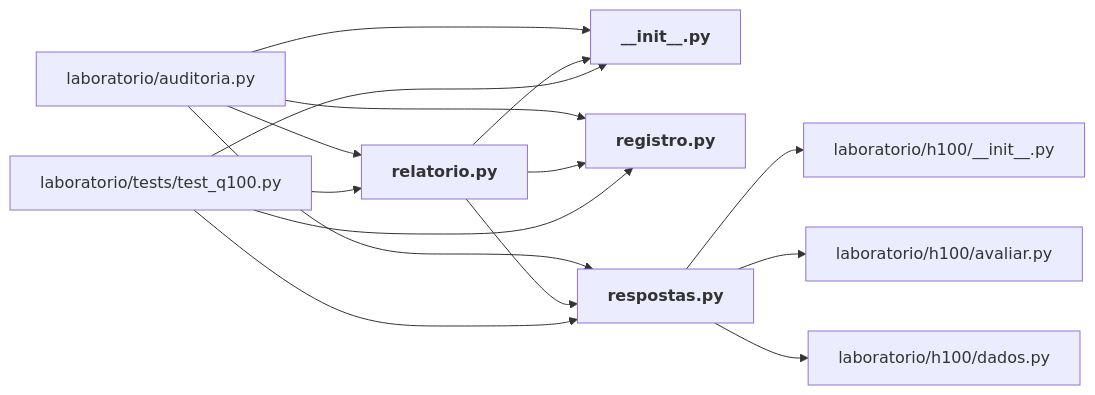
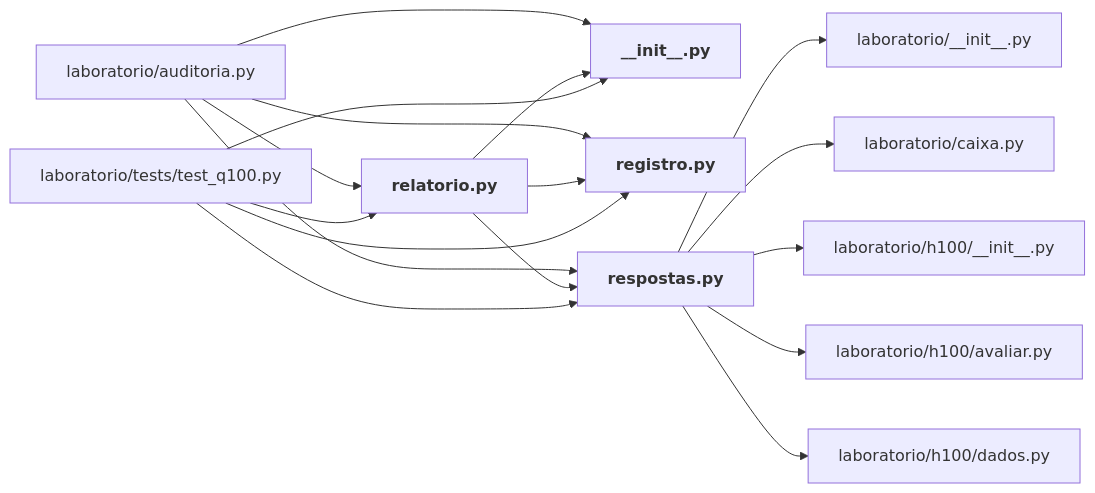
One commit to igormorais123/JEV changed the diagram in mapa/pastas/laboratorio__q100.md. Above: the diagram before and after it, drawn with Mermaid. The commit also changed other lines of this file and 49 other files, not shown here.

````diff
--- a/mapa/pastas/laboratorio__q100.md
+++ b/mapa/pastas/laboratorio__q100.md
@@ -20,26 +20,30 @@
 ```mermaid
 flowchart LR
+  n_laboratorio___init___py["laboratorio/__init__.py"]
   n_laboratorio_auditoria_py["laboratorio/auditoria.py"]
+  n_laboratorio_caixa_py["laboratorio/caixa.py"]
   n_laboratorio_h100___init___py["laboratorio/h100/__init__.py"]
   n_laboratorio_h100_avaliar_py["laboratorio/h100/avaliar.py"]
   n_laboratorio_h100_dados_py["laboratorio/h100/dados.py"]
   n_laboratorio_q100___init___py["<b>__init__.py</b>"]
   n_laboratorio_q100_registro_py["<b>registro.py</b>"]
   n_laboratorio_q100_relatorio_py["<b>relatorio.py</b>"]
   n_laboratorio_q100_respostas_py["<b>respostas.py</b>"]
   n_laboratorio_tests_test_q100_py["laboratorio/tests/test_q100.py"]
   n_laboratorio_auditoria_py --> n_laboratorio_q100___init___py
   n_laboratorio_auditoria_py --> n_laboratorio_q100_registro_py
   n_laboratorio_auditoria_py --> n_laboratorio_q100_relatorio_py
   n_laboratorio_auditoria_py --> n_laboratorio_q100_respostas_py
   n_laboratorio_q100_relatorio_py --> n_laboratorio_q100___init___py
   n_laboratorio_q100_relatorio_py --> n_laboratorio_q100_registro_py
   n_laboratorio_q100_relatorio_py --> n_laboratorio_q100_respostas_py
+  n_laboratorio_q100_respostas_py --> n_laboratorio___init___py
+  n_laboratorio_q100_respostas_py --> n_laboratorio_caixa_py
   n_laboratorio_q100_respostas_py --> n_laboratorio_h100___init___py
   n_laboratorio_q100_respostas_py --> n_laboratorio_h100_avaliar_py
   n_laboratorio_q100_respostas_py --> n_laboratorio_h100_dados_py
   n_laboratorio_tests_test_q100_py --> n_laboratorio_q100___init___py
   n_laboratorio_tests_test_q100_py --> n_laboratorio_q100_registro_py
   n_laboratorio_tests_test_q100_py --> n_laboratorio_q100_relatorio_py
   n_laboratorio_tests_test_q100_py --> n_laboratorio_q100_respostas_py
 ```
````
